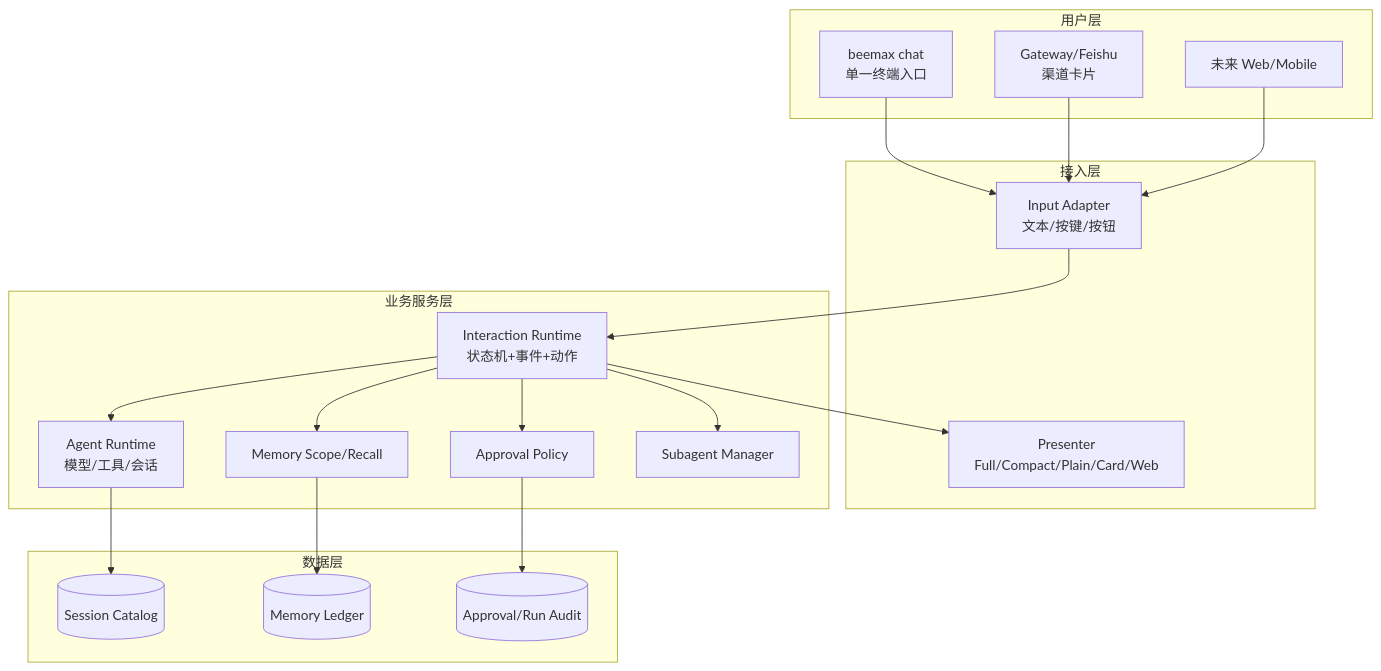
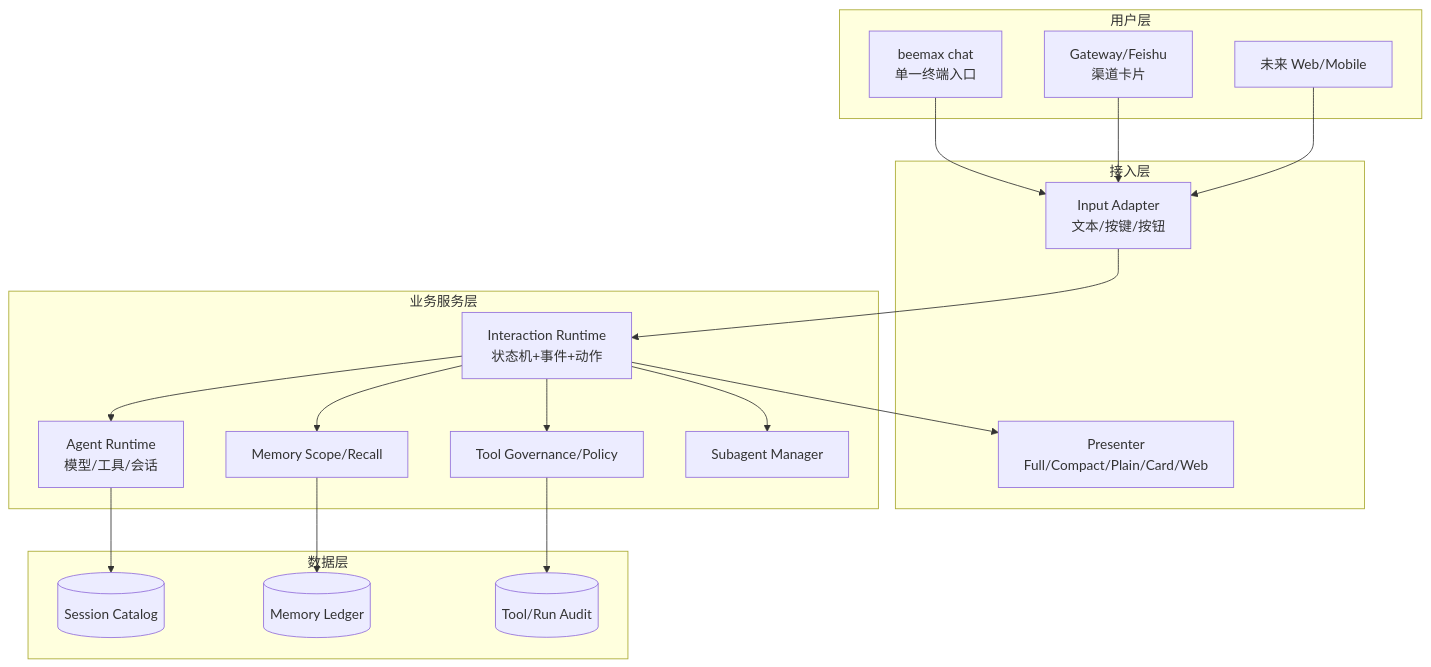
Before and after one commit to Zanetach/beemax: the first of 4 diagrams in docs/architecture/interaction-runtime-prd.md, drawn with Mermaid. The commit also changed other lines of this file and 95 other files, not shown here.

Commit message:
feat(governance): remove tool approval workflow

````diff
--- a/docs/architecture/interaction-runtime-prd.md
+++ b/docs/architecture/interaction-runtime-prd.md
@@ -139,32 +142,32 @@
 ```mermaid
 graph TB
   subgraph 用户层
     CHAT[beemax chat<br/>单一终端入口]
     GW[Gateway/Feishu<br/>渠道卡片]
     WEB[未来 Web/Mobile]
   end
   subgraph 接入层
     INPUT[Input Adapter<br/>文本/按键/按钮]
     PRESENT[Presenter<br/>Full/Compact/Plain/Card/Web]
   end
   subgraph 业务服务层
     IR[Interaction Runtime<br/>状态机+事件+动作]
     AR[Agent Runtime<br/>模型/工具/会话]
-    AP[Approval Policy]
+    GP[Tool Governance/Policy]
     MR[Memory Scope/Recall]
     SA[Subagent Manager]
   end
   subgraph 数据层
     SESSION[(Session Catalog)]
     MEMORY[(Memory Ledger)]
-    AUDIT[(Approval/Run Audit)]
+    AUDIT[(Tool/Run Audit)]
   end
   CHAT --> INPUT --> IR
   GW --> INPUT
   WEB --> INPUT
   IR --> PRESENT
-  IR --> AR & AP & MR & SA
+  IR --> AR & GP & MR & SA
   AR --> SESSION
   MR --> MEMORY
-  AP --> AUDIT
+  GP --> AUDIT
 ```
````
